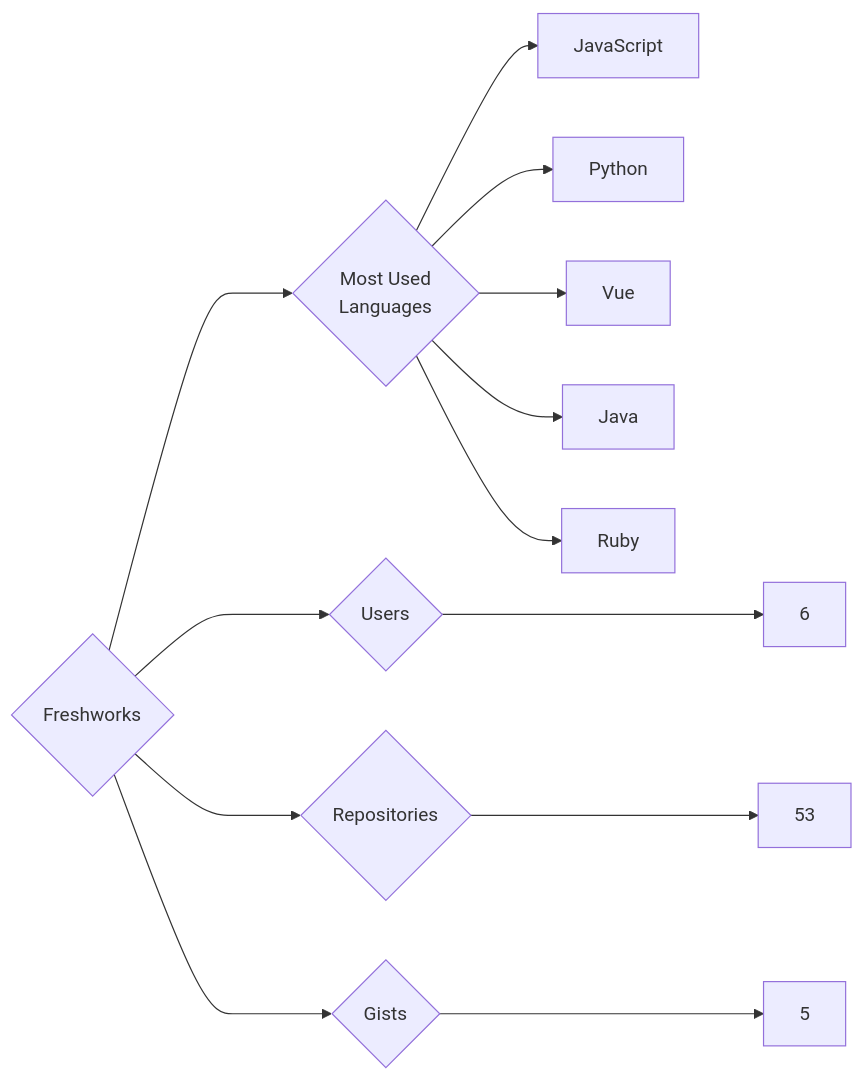
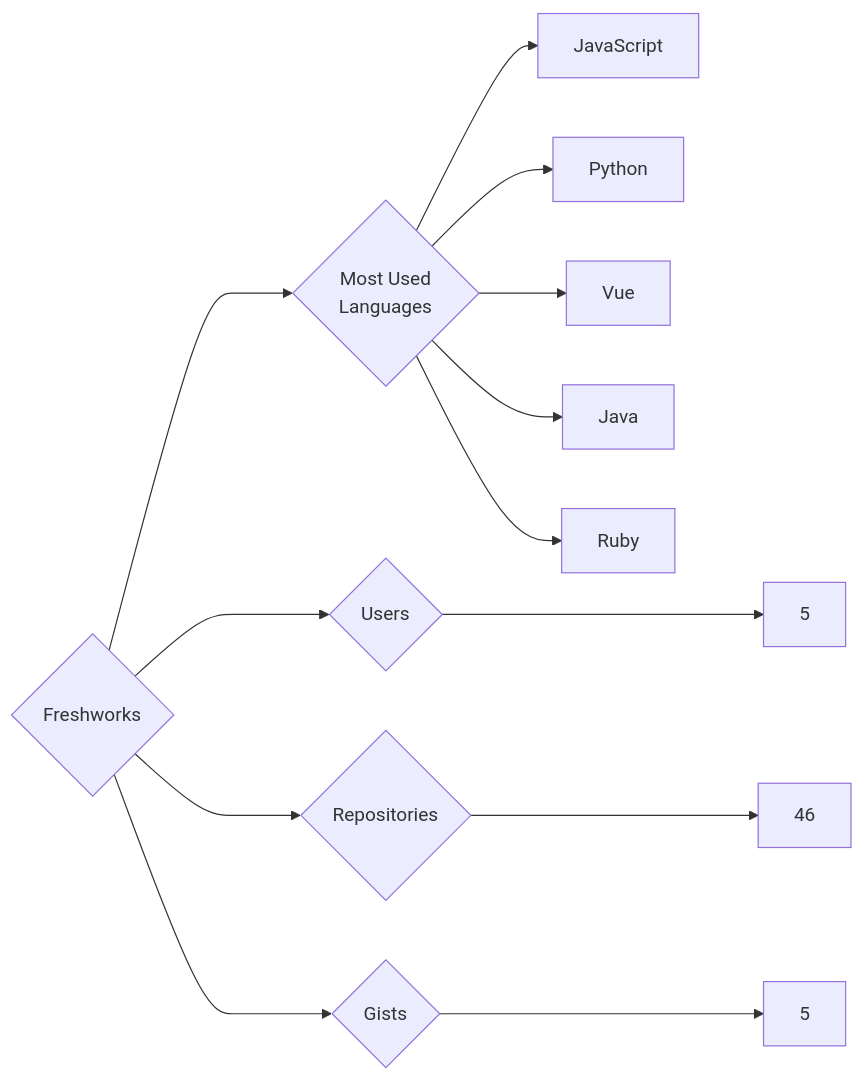
The diagram in targets/Freshworks/README.md (trickest/insiders), drawn with Mermaid before and after one commit. The commit also changed 1148 other files, not shown here.

````diff
--- a/targets/Freshworks/README.md
+++ b/targets/Freshworks/README.md
@@ -3,13 +3,13 @@
 ```mermaid
 graph LR
 COMPANY_NAME{Freshworks}
-COMPANY_NAME ---> U{Users} ---> UN[6]
-COMPANY_NAME ---> R{Repositories} ---> RN[53]
+COMPANY_NAME ---> U{Users} ---> UN[5]
+COMPANY_NAME ---> R{Repositories} ---> RN[46]
 COMPANY_NAME ---> G{Gists} ---> GN[5]
 COMPANY_NAME ---> ML{Most Used<br>Languages}
 ML --> JavaScript[JavaScript]
 ML --> Python[Python]
 ML --> Vue[Vue]
 ML --> Java[Java]
 ML --> Ruby[Ruby]
 ```
````
